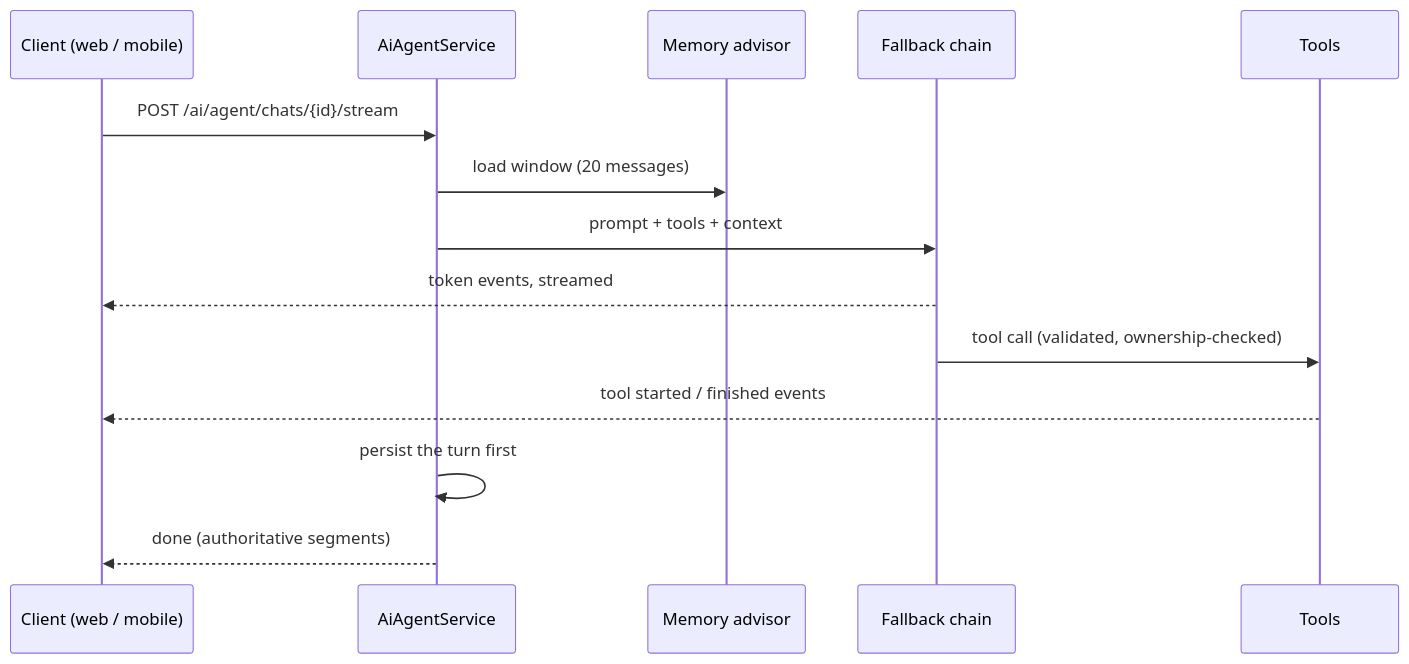
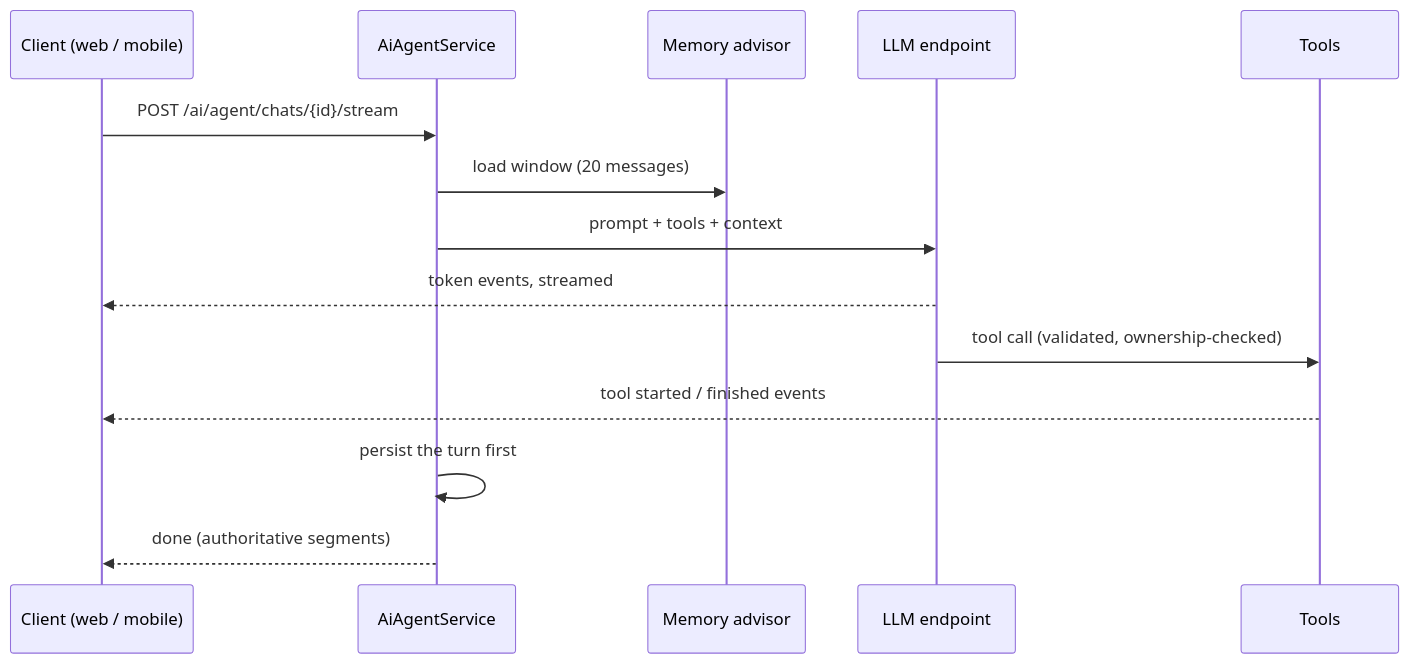
The diagram in architecture/ai-agent/en.md (AndDev741/Beyou-arch-design), drawn with Mermaid before and after one commit. The commit also changed other lines of this file and 18 other files, not shown here.

First line of the commit message:
docs(ai-agent): one LLM endpoint replaces the backend fallback chain

````diff
--- a/architecture/ai-agent/en.md
+++ b/architecture/ai-agent/en.md
@@ -12,17 +12,17 @@
 ```mermaid
 sequenceDiagram
   participant C as Client (web / mobile)
   participant BE as AiAgentService
   participant M as Memory advisor
-  participant LLM as Fallback chain
+  participant LLM as LLM endpoint
   participant T as Tools
 
   C->>BE: POST /ai/agent/chats/{id}/stream
   BE->>M: load window (20 messages)
   BE->>LLM: prompt + tools + context
   LLM-->>C: token events, streamed
   LLM->>T: tool call (validated, ownership-checked)
   T-->>C: tool started / finished events
   BE->>BE: persist the turn first
   BE-->>C: done (authoritative segments)
 ```
````
